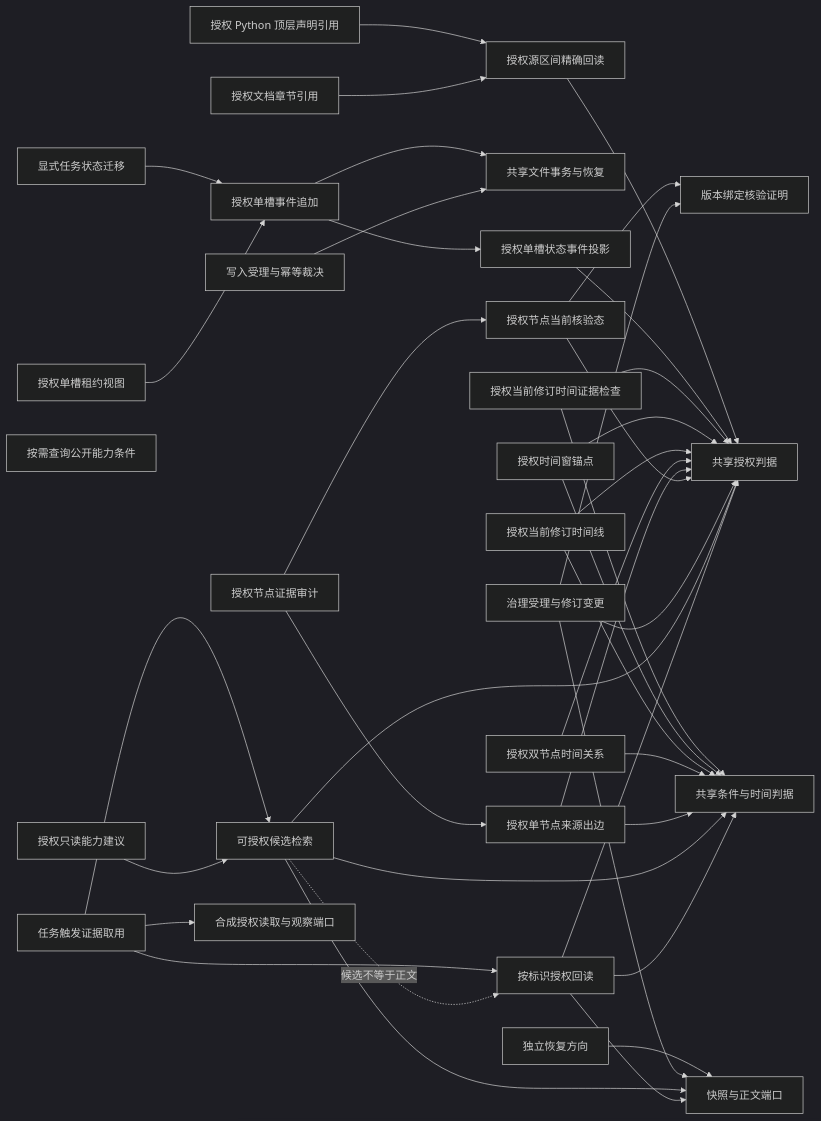
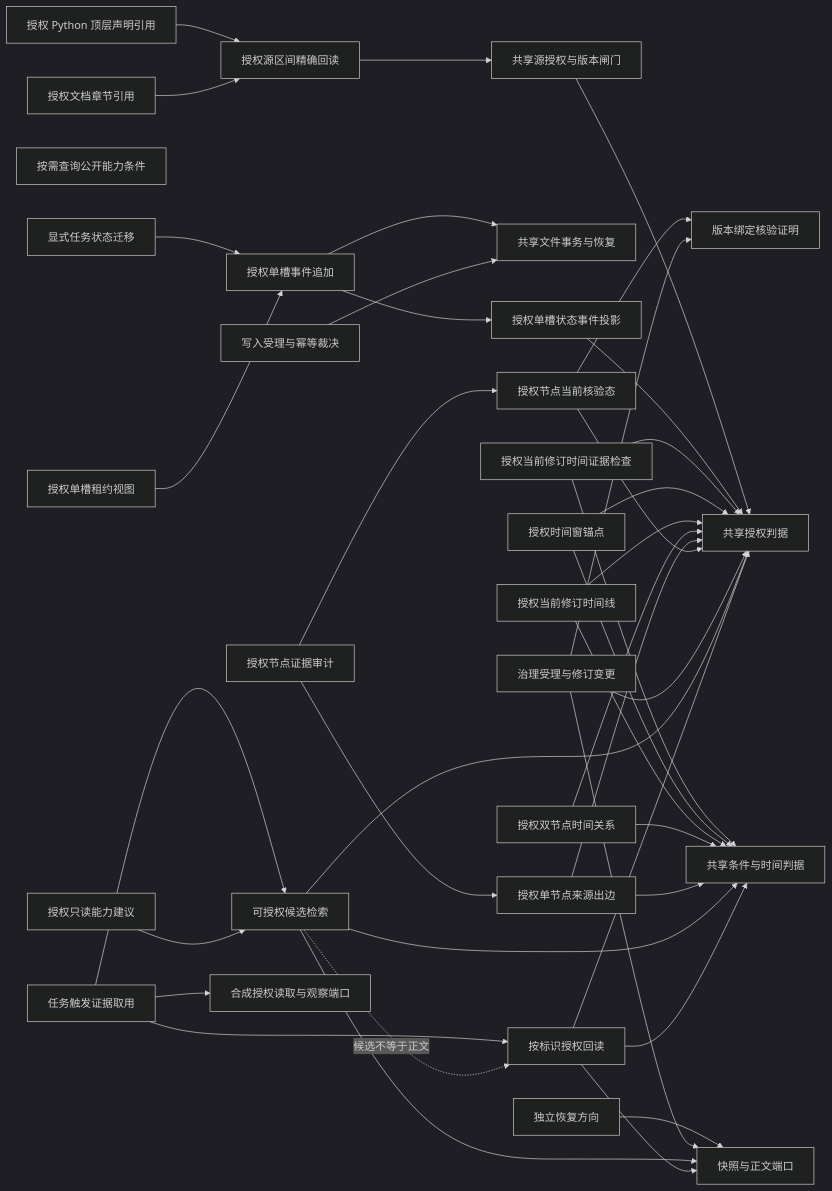
One commit to FuRongJun-1999/dsh-lingshu-memory changed the diagram in docs/CAPABILITY_GRAPH.md. Above: the diagram before and after it, drawn with Mermaid (dark theme). The commit also changed other lines of this file and 12 other files, not shown here.

```diff
--- a/docs/CAPABILITY_GRAPH.md
+++ b/docs/CAPABILITY_GRAPH.md
@@ -5,42 +5,43 @@
 ~~~mermaid
 graph LR
   G[按标识授权回读] --> A[共享授权判据]
   G --> T[共享条件与时间判据]
   G --> S[快照与正文端口]
   Q[可授权候选检索] --> A
   Q --> T
   Q --> S
   Q -. 候选不等于正文 .-> G
   W[写入受理与幂等裁决] --> X[共享文件事务与恢复]
   R[治理受理与修订变更] --> S
   R --> A
   R --> V[版本绑定核验证明]
   K[授权节点当前核验态] --> V
   K --> A
   E[授权单节点来源出边] --> A
   E --> T
   Z[授权双节点时间关系] --> T
   Z --> A
   L[授权当前修订时间线] --> T
   L --> A
   WN[授权时间窗锚点] --> T
   WN --> A
   TC[授权当前修订时间证据检查] --> T
   TC --> A
   SC[授权单槽状态事件投影] --> A
   SE[授权单槽事件追加] --> SC
   SE --> X
   SL[授权单槽租约视图] --> SE
   EA[授权节点证据审计] --> K
   EA --> E
   RH[授权只读能力建议] --> Q
   HH[按需查询公开能力条件]
   TP[显式任务状态迁移] --> SE
-  RF[授权源区间精确回读] --> A
+  RF[授权源区间精确回读] --> SR[共享源授权与版本闸门]
+  SR --> A
   DS[授权文档章节引用] --> RF
   CD[授权 Python 顶层声明引用] --> RF
   P[独立恢复方向] --> S
   C[任务触发证据取用] --> O[合成授权读取与观察端口]
   C --> G
   C --> Q
 ~~~
```
